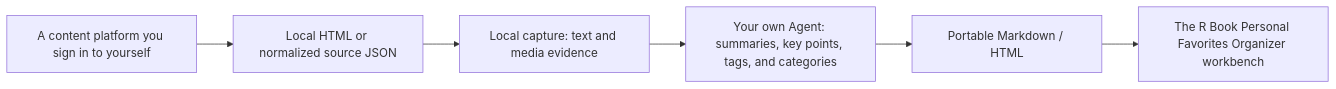
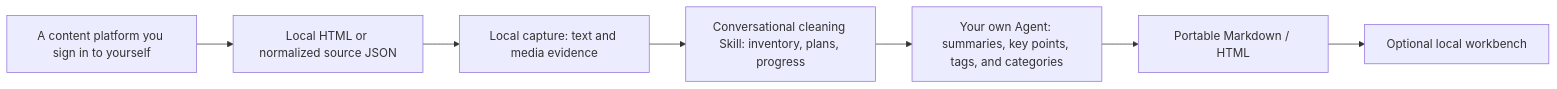
One commit to Raymond711xl/The-R-Book-Personal-Favorites-Organizer changed the second of 2 diagrams in README.md. Above: the diagram before and after it, drawn with Mermaid. The commit also changed other lines of this file and 21 other files, not shown here.

Commit message:
Add conversational favorites cleaning skill

````diff
--- a/README.md
+++ b/README.md
@@ -451,8 +553,9 @@
 ```mermaid
 flowchart LR
     A["A content platform you sign in to yourself"] --> B["Local HTML or normalized source JSON"]
     B --> C["Local capture: text and media evidence"]
-    C --> D["Your own Agent: summaries, key points, tags, and categories"]
-    D --> E["Portable Markdown / HTML"]
-    E --> F["The R Book Personal Favorites Organizer workbench"]
+    C --> D["Conversational cleaning Skill: inventory, plans, progress"]
+    D --> E["Your own Agent: summaries, key points, tags, and categories"]
+    E --> F["Portable Markdown / HTML"]
+    F --> G["Optional local workbench"]
 ```
````
